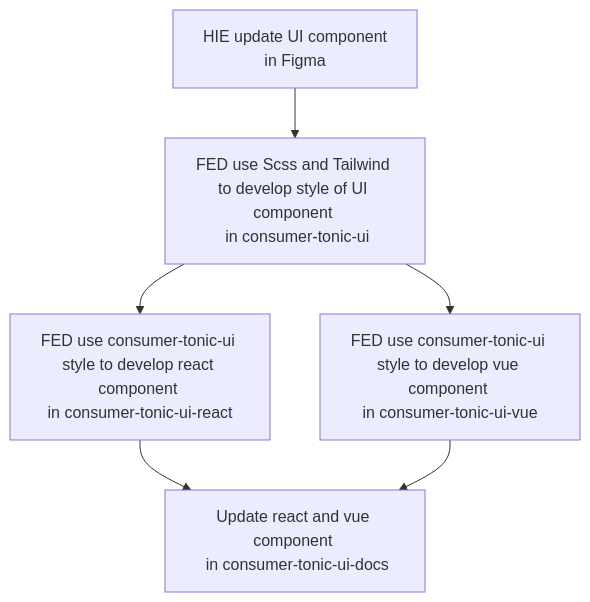
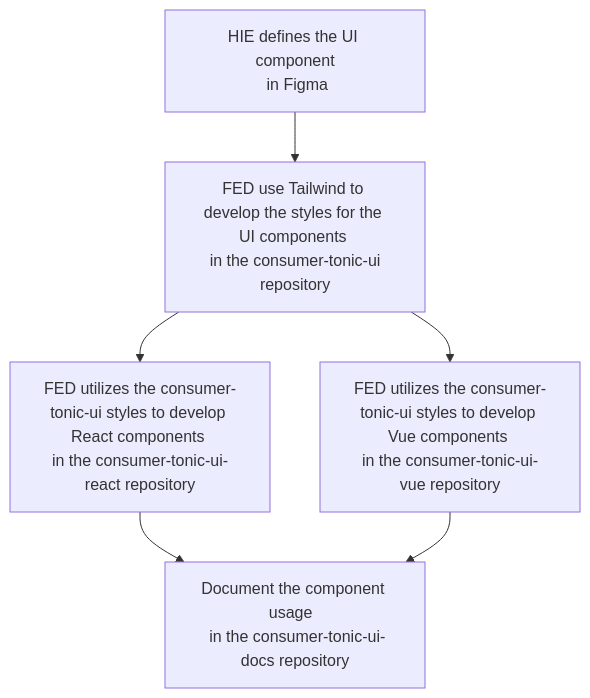
One commit to andrew781026/tonic-ui-fork changed the diagram in README.md. Above: the diagram before and after it, drawn with Mermaid.

````diff
--- a/README.md
+++ b/README.md
@@ -6,8 +6,8 @@
 ```mermaid
 graph TD
-    A["HIE update UI component<br/> in Figma"]-->B["FED use Scss and Tailwind to develop style of UI component <br/> in consumer-tonic-ui"];
-    B-->C["FED use consumer-tonic-ui style to develop react component <br/>in consumer-tonic-ui-react"];
-    B-->D["FED use consumer-tonic-ui style to develop vue component <br/>in consumer-tonic-ui-vue"];
+    A["HIE defines the UI component<br/> in Figma"]-->B["FED use Tailwind to develop the styles for the UI components <br/> in the consumer-tonic-ui repository"];
+    B-->C["FED utilizes the consumer-tonic-ui styles to develop React components <br/>in the consumer-tonic-ui-react repository"];
+    B-->D["FED utilizes the consumer-tonic-ui styles to develop Vue components <br/>in the consumer-tonic-ui-vue repository"];
     C-->E["empty"];
-    D-->E["Update react and vue component </br> in consumer-tonic-ui-docs"];
+    D-->E["Document the component usage  </br> in the consumer-tonic-ui-docs repository"];
 ```
````
